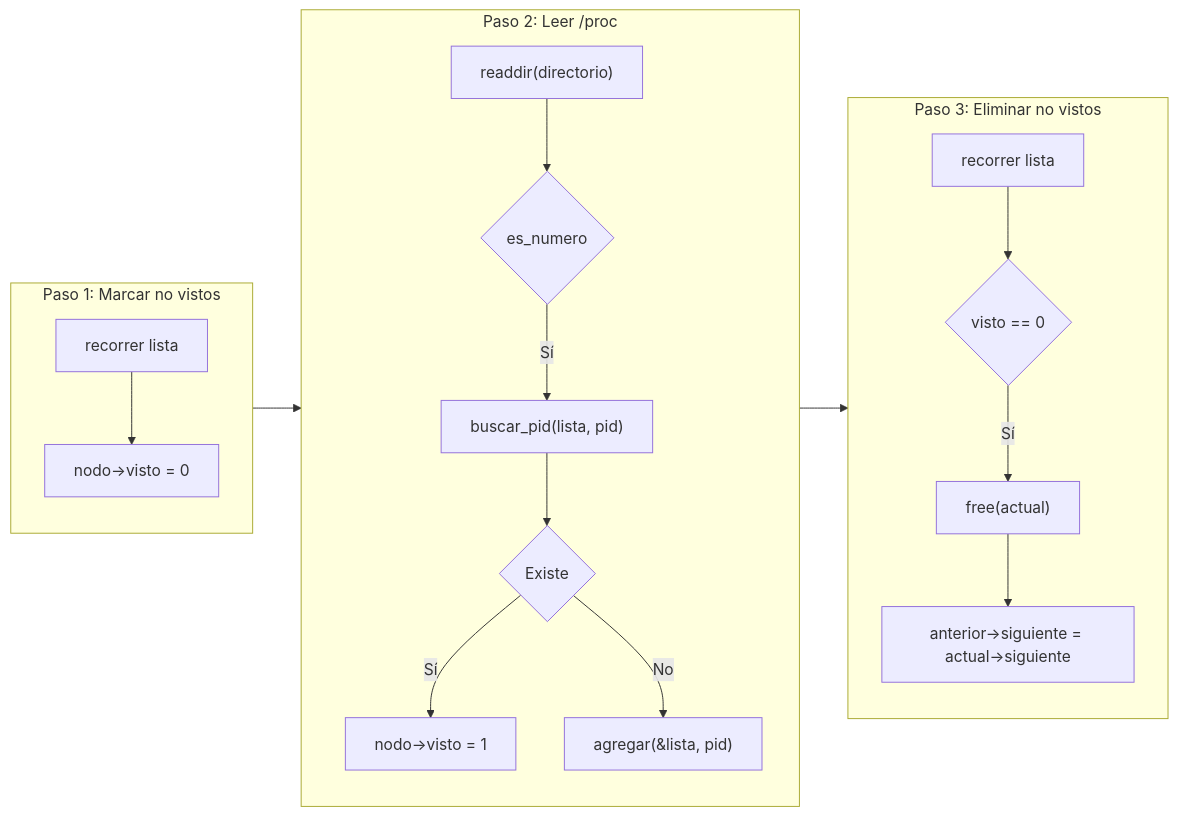
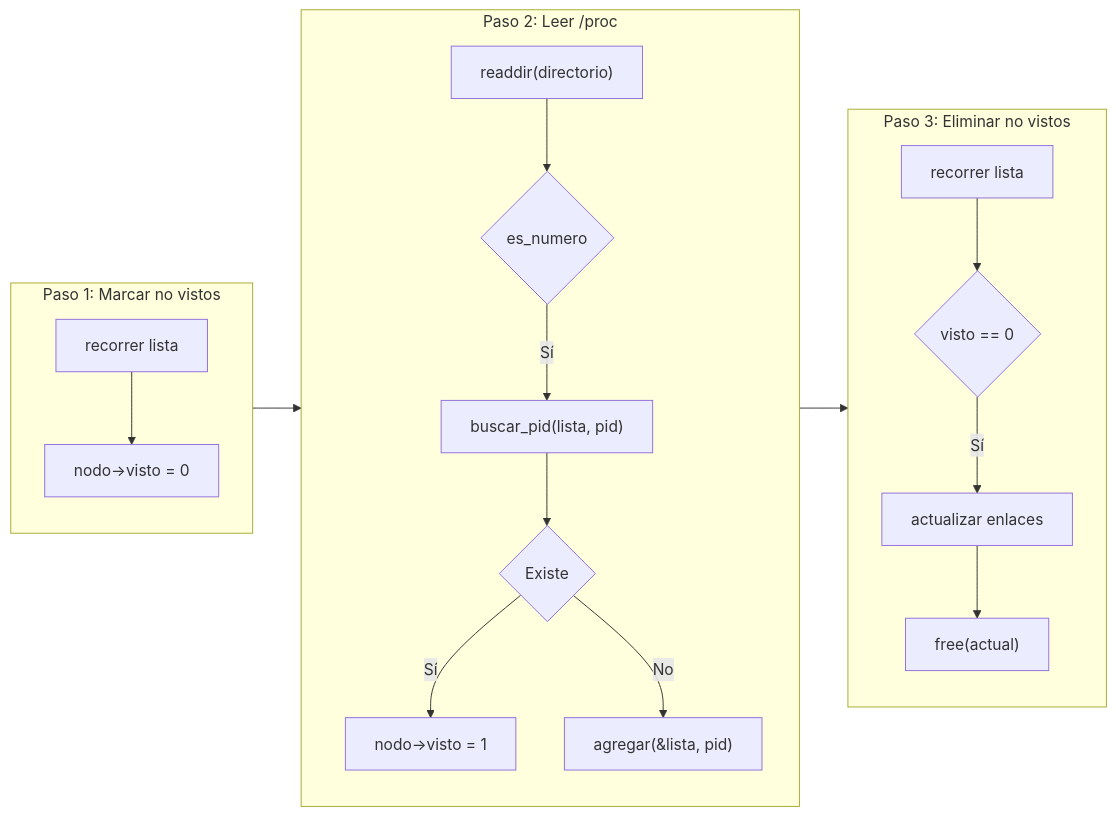
Before and after one commit to dantecc10/operative-systems-ii: the ninth of 9 diagrams in reports/programa-1/REPORT.md, drawn with Mermaid. The commit also changed other lines of this file and 11 other files, not shown here.

````diff
--- a/reports/programa-1/REPORT.md
+++ b/reports/programa-1/REPORT.md
@@ -409,34 +635,34 @@
 ```mermaid
 flowchart LR
     subgraph Paso1["Paso 1: Marcar no vistos"]
         A1["recorrer lista"]
         A2["nodo->visto = 0"]
         A1 --> A2
     end
 
     subgraph Paso2["Paso 2: Leer /proc"]
         B1["readdir(directorio)"]
         B2{"es_numero"}
         B3["buscar_pid(lista, pid)"]
         B4{"Existe"}
         B5["nodo->visto = 1"]
         B6["agregar(&lista, pid)"]
         B1 --> B2
         B2 -->|"Sí"| B3
         B3 --> B4
         B4 -->|"Sí"| B5
         B4 -->|"No"| B6
     end
 
     subgraph Paso3["Paso 3: Eliminar no vistos"]
         C1["recorrer lista"]
         C2{"visto == 0"}
         C3["free(actual)"]
-        C4["anterior->siguiente = actual->siguiente"]
+        C4["actualizar enlaces"]
         C1 --> C2
-        C2 -->|"Sí"| C3
-        C3 --> C4
+        C2 -->|"Sí"| C4
+        C4 --> C3
     end
 
     Paso1 --> Paso2 --> Paso3
 ```
````
